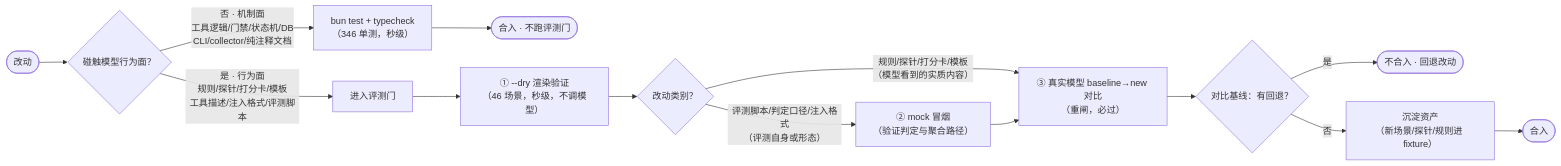
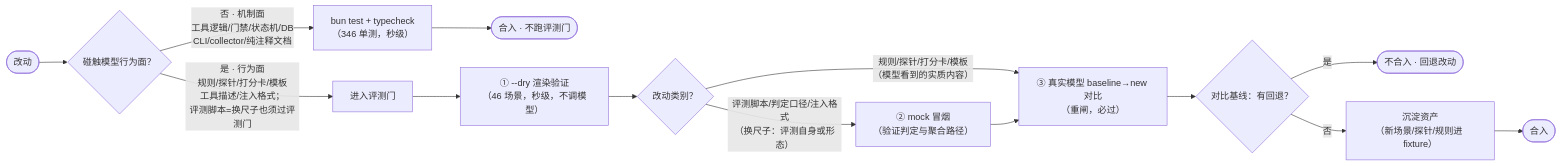
Diagram 16 of 16 in opencode-session-mgmt/docs/session-management.md (wonglaitung/opencode), drawn with Mermaid before and after one commit. The commit also changed other lines of this file and 7 other files, not shown here.

````diff
--- a/opencode-session-mgmt/docs/session-management.md
+++ b/opencode-session-mgmt/docs/session-management.md
@@ -1496,16 +1496,16 @@
 ```mermaid
 flowchart LR
     A(["改动"]) --> B{"碰触模型行为面？"}
     B -->|"否 · 机制面<br/>工具逻辑/门禁/状态机/DB<br/>CLI/collector/纯注释文档"| C["bun test + typecheck<br/>（346 单测，秒级）"]
     C --> Z(["合入 · 不跑评测门"])
-    B -->|"是 · 行为面<br/>规则/探针/打分卡/模板<br/>工具描述/注入格式/评测脚本"| D["进入评测门"]
+    B -->|"是 · 行为面<br/>规则/探针/打分卡/模板<br/>工具描述/注入格式；<br/>评测脚本=换尺子也须过评测门"| D["进入评测门"]
     D --> E["① --dry 渲染验证<br/>（46 场景，秒级，不调模型）"]
     E --> F{"改动类别？"}
     F -->|"规则/探针/打分卡/模板<br/>（模型看到的实质内容）"| H
-    F -->|"评测脚本/判定口径/注入格式<br/>（评测自身或形态）"| G["② mock 冒烟<br/>（验证判定与聚合路径）"]
+    F -->|"评测脚本/判定口径/注入格式<br/>（换尺子：评测自身或形态）"| G["② mock 冒烟<br/>（验证判定与聚合路径）"]
     G --> H
     H["③ 真实模型 baseline→new 对比<br/>（重闸，必过）"] --> I{"对比基线：有回退？"}
     I -->|"是"| J(["不合入 · 回退改动"])
     I -->|"否"| K["沉淀资产<br/>（新场景/探针/规则进 fixture）"]
     K --> L(["合入"])
 ```
````
